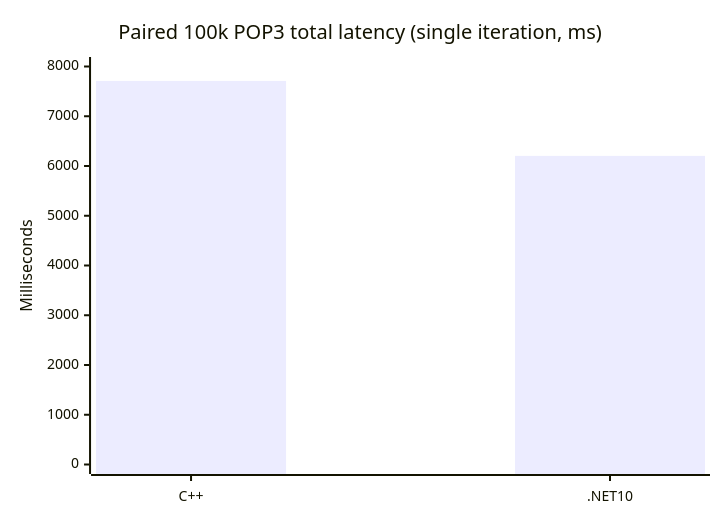
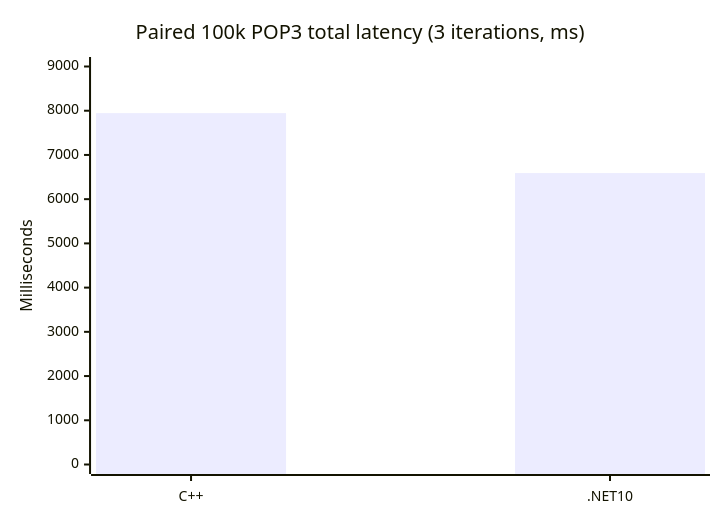
One commit to mk148a/hmailserver changed the second of 7 diagrams in hmailserver/source/Server.Net10/benchmarks/CPP_VS_NET10_PERFORMANCE_REPORT_20260901.md. Above: the diagram before and after it, drawn with Mermaid. The commit also changed other lines of this file and 5 other files, not shown here.

````diff
--- a/hmailserver/source/Server.Net10/benchmarks/CPP_VS_NET10_PERFORMANCE_REPORT_20260901.md
+++ b/hmailserver/source/Server.Net10/benchmarks/CPP_VS_NET10_PERFORMANCE_REPORT_20260901.md
@@ -204,7 +205,7 @@
 ```mermaid
 xychart-beta
-    title "Paired 100k POP3 total latency (single iteration, ms)"
+    title "Paired 100k POP3 total latency (3 iterations, ms)"
     x-axis [C++, .NET10]
-    y-axis "Milliseconds" 0 --> 8000
-    bar [7709.814, 6203.933]
+    y-axis "Milliseconds" 0 --> 9000
+    bar [7945.605, 6589.753]
 ```
````
